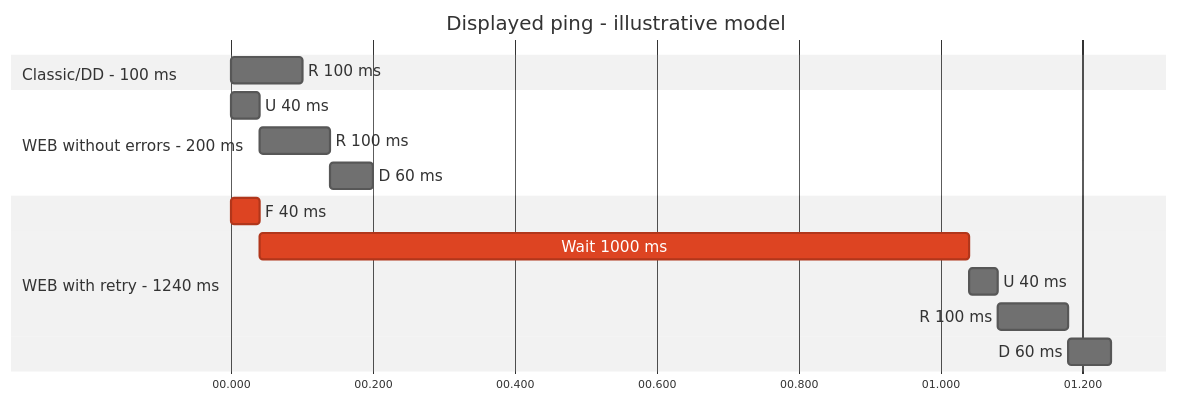
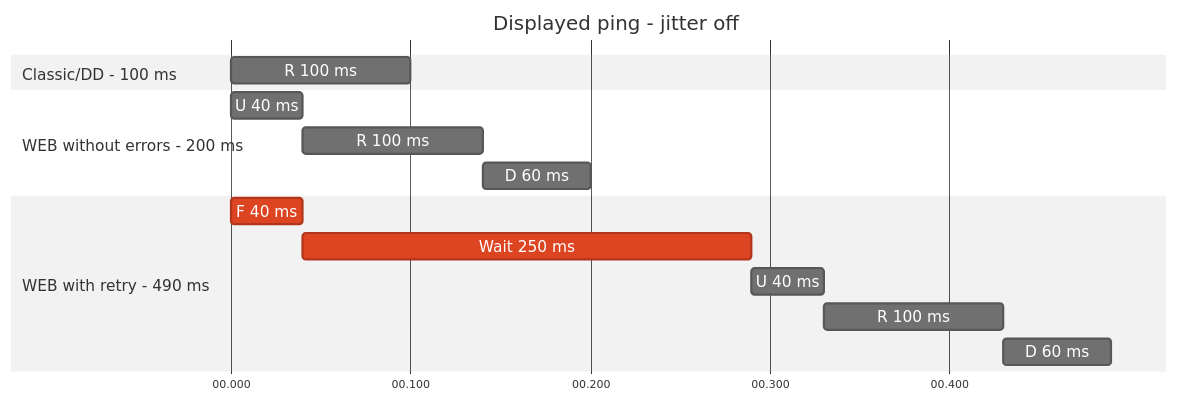
Before and after one commit to telemt/telemt: the fourth of 4 diagrams in docs/WEB/PROXY_PING.en.md, drawn with Mermaid. The commit also changed other lines of this file and 9 other files, not shown here.

Commit message:
Retry Jitter in Docs

````diff
--- a/docs/WEB/PROXY_PING.en.md
+++ b/docs/WEB/PROXY_PING.en.md
@@ -124,23 +148,23 @@
 ```mermaid
 %%{init: {"theme": "neutral", "gantt": {"leftPadding": 200, "rightPadding": 100, "barHeight": 24, "barGap": 8, "fontSize": 14, "sectionFontSize": 14}}}%%
 gantt
     dateFormat x
     axisFormat %S.%L
-    tickInterval 200millisecond
+    tickInterval 100millisecond
     todayMarker off
-    title Displayed ping - illustrative model
-    accTitle: Displayed ping - illustrative model
+    title Displayed ping - jitter off
+    accTitle: Displayed ping - jitter off
     accDescr: Seconds from the request timestamp, labels show milliseconds
     section Classic/DD - 100 ms
     R 100 ms :n_r, 0, 100ms
     section WEB without errors - 200 ms
     U 40 ms :w_u, 0, 40ms
     R 100 ms :w_r, after w_u, 100ms
     D 60 ms :w_d, after w_r, 60ms
-    section WEB with retry - 1240 ms
+    section WEB with retry - 490 ms
     F 40 ms :crit, f_u, 0, 40ms
-    Wait 1000 ms :crit, retry_wait, after f_u, 1000ms
+    Wait 250 ms :crit, retry_wait, after f_u, 250ms
     U 40 ms :retry_u, after retry_wait, 40ms
     R 100 ms :retry_r, after retry_u, 100ms
     D 60 ms :retry_d, after retry_r, 60ms
 ```
````
